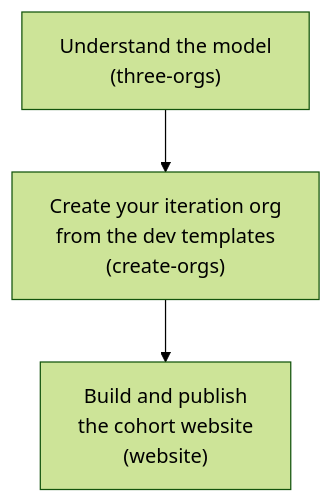
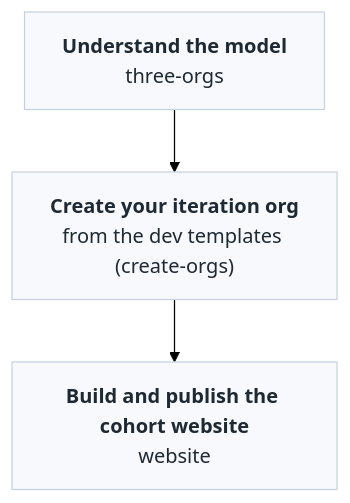
Before and after one commit to gitforsci/website: the diagram in part-setup.qmd, drawn with Mermaid (forest theme). The commit also changed 9 other files, not shown here.

First line of the commit message:
docs(book): unify all mermaid diagrams on the overview style

````diff
--- a/part-setup.qmd
+++ b/part-setup.qmd
@@ -11,5 +11,10 @@
 ```{mermaid}
 flowchart TD
-    A["Understand the model<br/>(three-orgs)"] --> B["Create your iteration org<br/>from the dev templates<br/>(create-orgs)"]
-    B --> C["Build and publish<br/>the cohort website<br/>(website)"]
+    classDef layer fill:#f7f9fc,stroke:#c7d2e0,color:#1f2933;
+
+    A["<b>Understand the model</b><br/>three-orgs"]:::layer
+    B["<b>Create your iteration org</b><br/>from the dev templates (create-orgs)"]:::layer
+    C["<b>Build and publish the cohort website</b><br/>website"]:::layer
+
+    A --> B --> C
 ```
````
